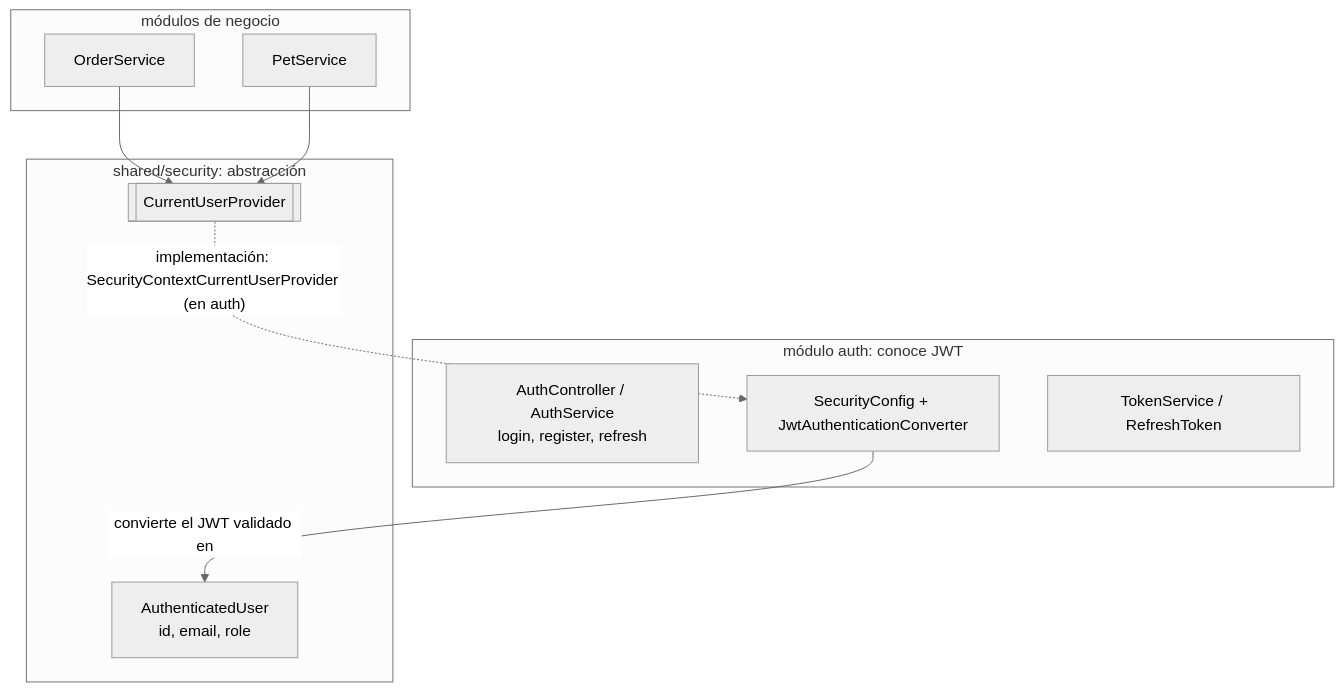
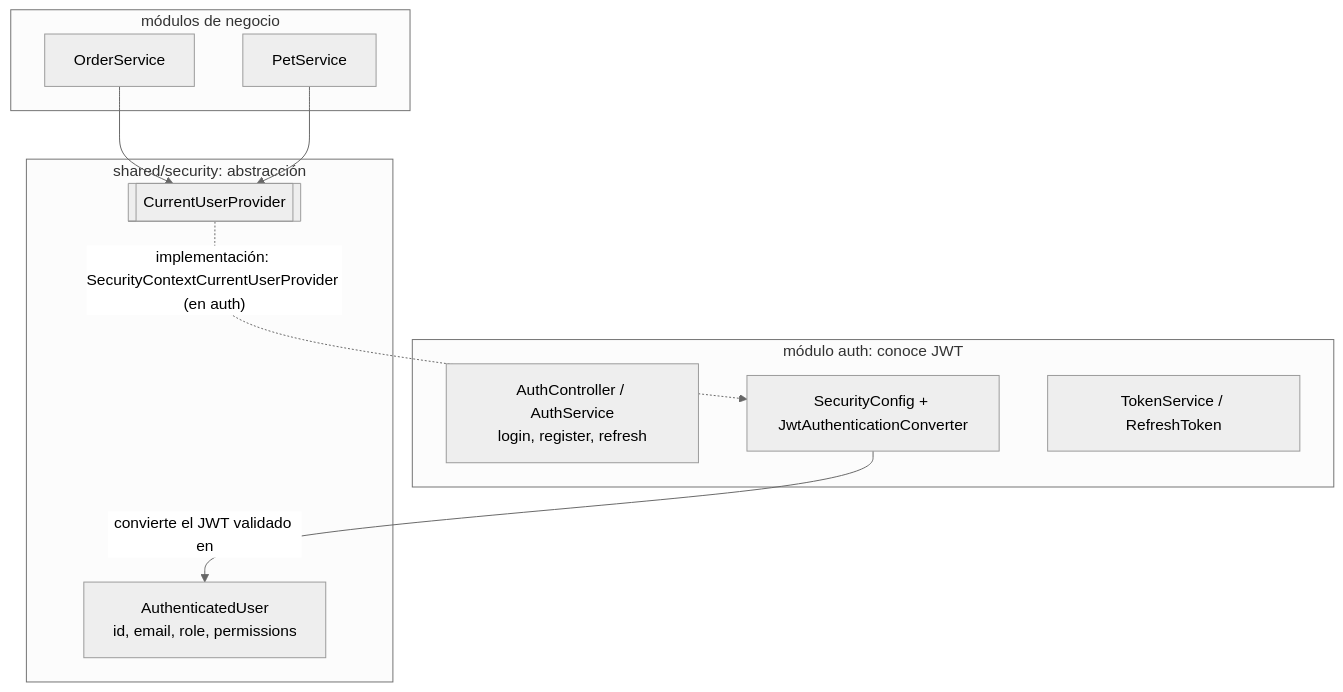
The seventh of 12 diagrams in docs/ARCHITECTURE.md (AndyMB94/plutimi), drawn with Mermaid (neutral theme) before and after one commit. The commit also changed other lines of this file and 2 other files, not shown here.

````diff
--- a/docs/ARCHITECTURE.md
+++ b/docs/ARCHITECTURE.md
@@ -618,20 +752,20 @@
 ```mermaid
 flowchart TB
     subgraph auth [módulo auth: conoce JWT]
         L[AuthController / AuthService<br/>login, register, refresh]
         F[SecurityConfig + JwtAuthenticationConverter]
         T[TokenService / RefreshToken]
     end
     subgraph shared [shared/security: abstracción]
         CUP[[CurrentUserProvider]]
-        AU[AuthenticatedUser<br/>id, email, role]
+        AU[AuthenticatedUser<br/>id, email, role, permissions]
     end
     subgraph negocio [módulos de negocio]
         O[OrderService]
         P[PetService]
     end
     F -- "convierte el JWT validado en" --> AU
     O --> CUP
     P --> CUP
     CUP -. "implementación: SecurityContextCurrentUserProvider (en auth)" .-> F
 ```
````
